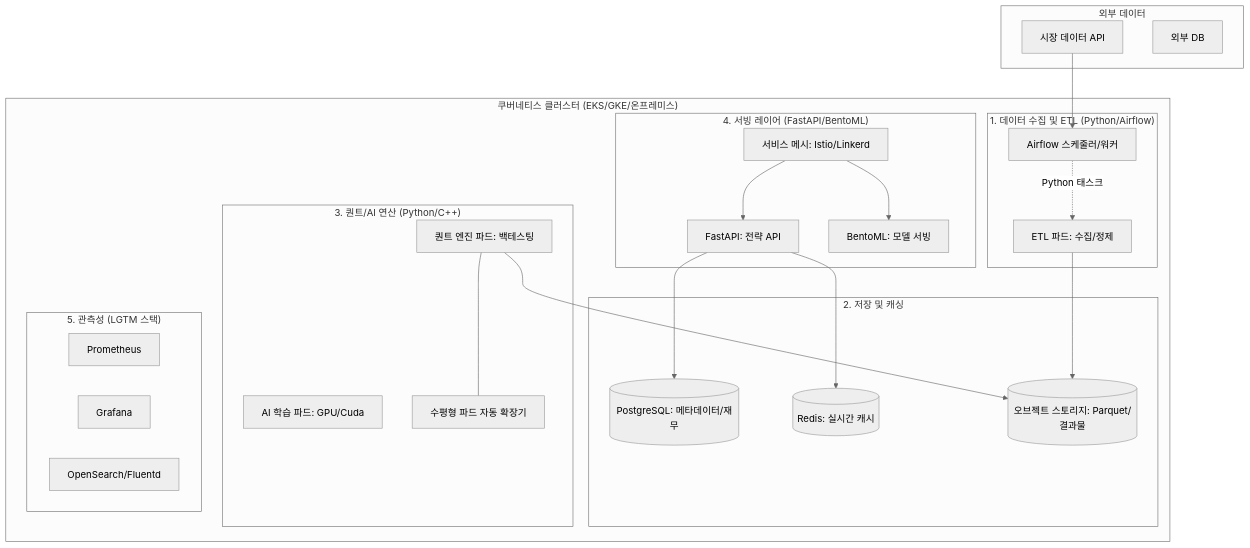
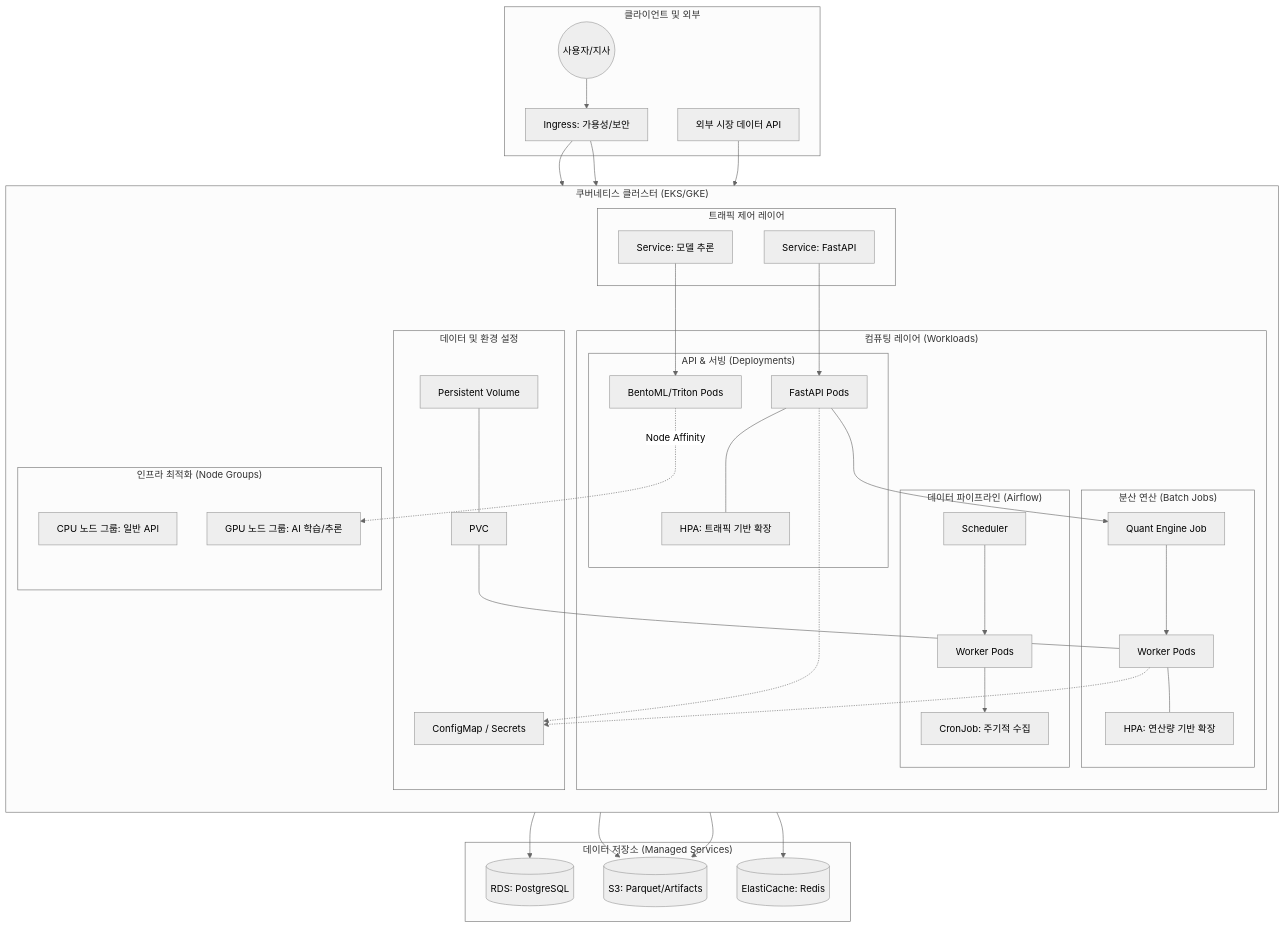
Before and after one commit to muzzaiwork/interview: the diagram in 미래에셋자산운용/01_company_info/03_system_architecture.md, drawn with Mermaid (neutral theme). The commit also changed other lines of this file, not shown here.

Commit message:
docs: 쿠버네티스 상세 아키텍처 및 객체 활용 가이드 추가

````diff
--- a/미래에셋자산운용/01_company_info/03_system_architecture.md
+++ b/미래에셋자산운용/01_company_info/03_system_architecture.md
@@ -7,45 +7,60 @@
 ```mermaid
 graph TD
-    subgraph "외부 데이터"
-        API[시장 데이터 API]
-        DB_EXT[외부 DB]
+    subgraph "클라이언트 및 외부"
+        User((사용자/지사)) --> ING[Ingress: 가용성/보안]
+        API_EXT[외부 시장 데이터 API]
     end
 
-    subgraph "쿠버네티스 클러스터 (EKS/GKE/온프레미스)"
-        subgraph "1. 데이터 수집 및 ETL (Python/Airflow)"
-            AF[Airflow 스케줄러/워커]
-            AF -.-> |Python 태스크| ETL[ETL 파드: 수집/정제]
+    subgraph "쿠버네티스 클러스터 (EKS/GKE)"
+        direction TB
+        
+        subgraph "트래픽 제어 레이어"
+            ING --> SVC_API[Service: FastAPI]
+            ING --> SVC_INF[Service: 모델 추론]
         end
 
-        subgraph "2. 저장 및 캐싱"
-            PG[(PostgreSQL: 메타데이터/재무)]
-            RD[(Redis: 실시간 캐시)]
-            S3[(오브젝트 스토리지: Parquet/결과물)]
+        subgraph "컴퓨팅 레이어 (Workloads)"
+            subgraph "데이터 파이프라인 (Airflow)"
+                AF_SCH[Scheduler] --> AF_W[Worker Pods]
+                AF_W --> CJ[CronJob: 주기적 수집]
+            end
+
+            subgraph "API & 서빙 (Deployments)"
+                SVC_API --> POD_API[FastAPI Pods]
+                SVC_INF --> POD_INF[BentoML/Triton Pods]
+                POD_API --- HPA_API[HPA: 트래픽 기반 확장]
+            end
+
+            subgraph "분산 연산 (Batch Jobs)"
+                POD_API --> JOB_QE[Quant Engine Job]
+                JOB_QE --> POD_QE[Worker Pods]
+                POD_QE --- HPA_QE[HPA: 연산량 기반 확장]
+            end
         end
 
-        subgraph "3. 퀀트/AI 연산 (Python/C++)"
-            QE[퀀트 엔진 파드: 백테스팅]
-            AT[AI 학습 파드: GPU/Cuda]
-            QE --- HPA[수평형 파드 자동 확장기]
+        subgraph "데이터 및 환경 설정"
+            CONFIG[ConfigMap / Secrets]
+            POD_API -.-> CONFIG
+            POD_QE -.-> CONFIG
+            
+            PV[Persistent Volume] --- PVC[PVC]
+            PVC --- POD_QE
         end
 
-        subgraph "4. 서빙 레이어 (FastAPI/BentoML)"
-            SVC[서비스 메시: Istio/Linkerd]
-            SVC --> API_PODS[FastAPI: 전략 API]
-            SVC --> INF_PODS[BentoML: 모델 서빙]
-        end
-
-        subgraph "5. 관측성 (LGTM 스택)"
-            PROM[Prometheus]
-            GRAF[Grafana]
-            OS[OpenSearch/Fluentd]
+        subgraph "인프라 최적화 (Node Groups)"
+            NODE_CPU[CPU 노드 그룹: 일반 API]
+            NODE_GPU[GPU 노드 그룹: AI 학습/추론]
+            POD_INF -.-> |Node Affinity| NODE_GPU
         end
     end
 
+    subgraph "데이터 저장소 (Managed Services)"
+        POD_API --> RDS[(RDS: PostgreSQL)]
+        POD_QE --> S3[(S3: Parquet/Artifacts)]
+        POD_API --> REDIS[(ElastiCache: Redis)]
+    end
+
     %% 흐름
-    API --> AF
-    ETL --> S3
-    QE --> S3
-    API_PODS --> PG
-    API_PODS --> RD
+    API_EXT --> CJ
+    CJ --> S3
 ```
````
